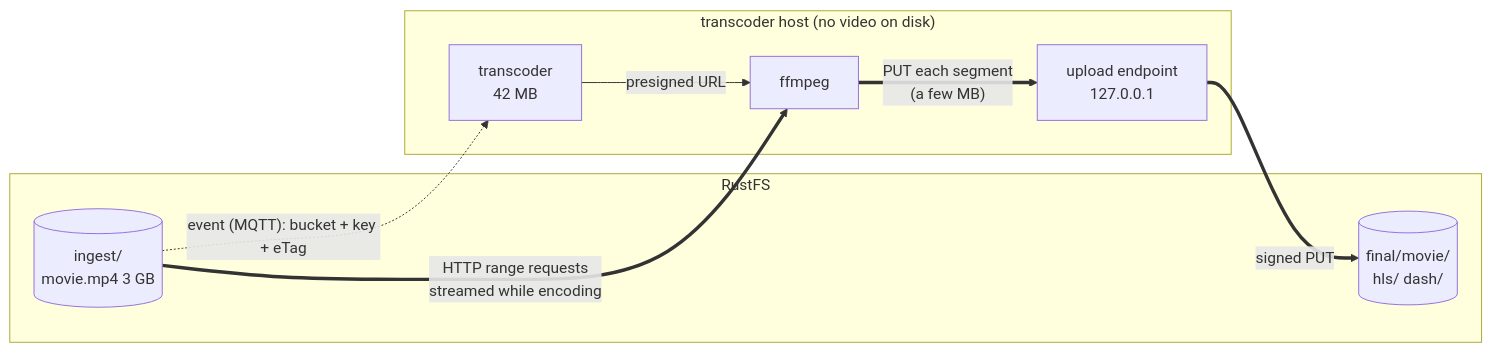
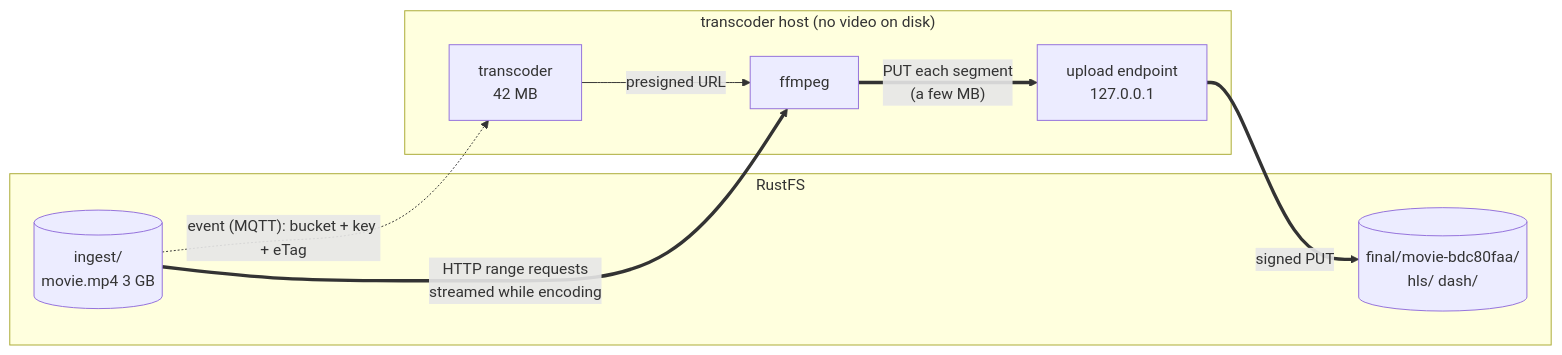
Before and after one commit to Domeimeie/DodoGlass: the diagram in docs/architecture/efficiency.md, drawn with Mermaid. The commit also changed other lines of this file and 3 other files, not shown here.

````diff
--- a/docs/architecture/efficiency.md
+++ b/docs/architecture/efficiency.md
@@ -39,17 +39,17 @@
 ```mermaid
 flowchart LR
     subgraph Storage["RustFS"]
         Ingest[("ingest/<br/>movie.mp4  3 GB")]
-        Final[("final/movie/<br/>hls/ dash/")]
+        Final[("final/movie-bdc80faa/<br/>hls/ dash/")]
     end
     subgraph Host["transcoder host (no video on disk)"]
         Svc["transcoder<br/>42 MB"]
         FF["ffmpeg"]
         Up["upload endpoint<br/>127.0.0.1"]
     end
     Ingest -. "event (MQTT): bucket + key + eTag" .-> Svc
     Svc -->|"presigned URL"| FF
     Ingest ==>|"HTTP range requests<br/>streamed while encoding"| FF
     FF ==>|"PUT each segment<br/>(a few MB)"| Up
     Up ==>|"signed PUT"| Final
 ```
````
